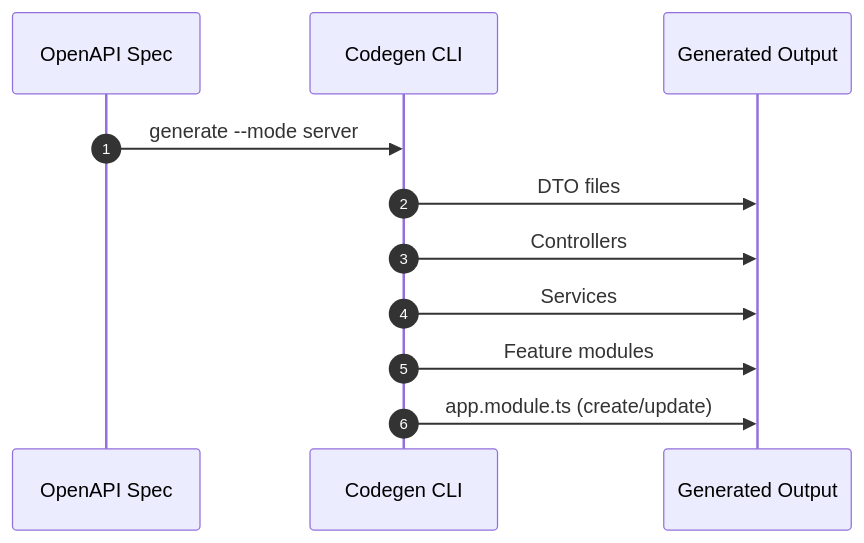
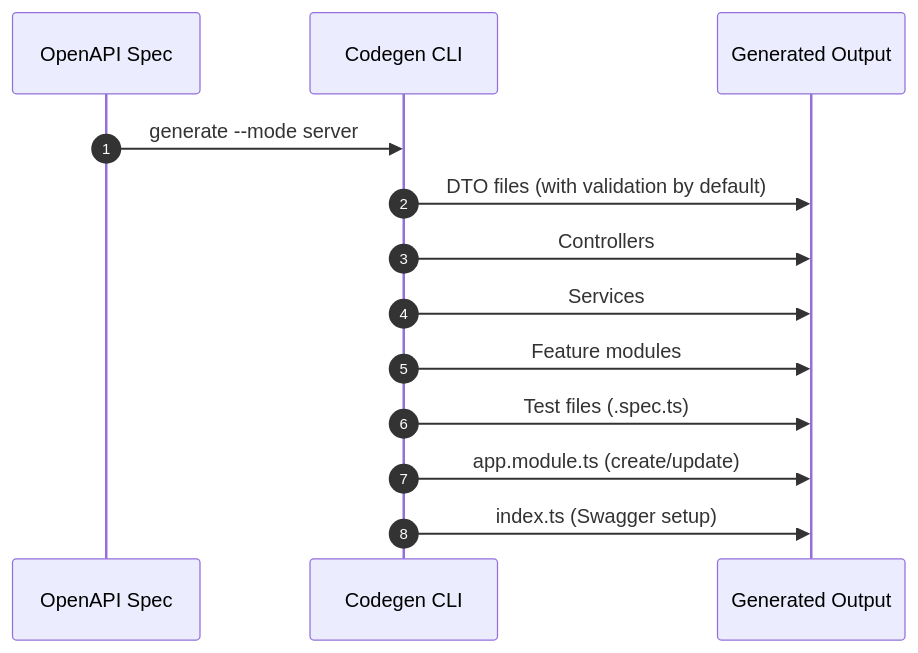
One commit to aretit2533/cronus-course-document changed the diagram in eqxjs-framework/03-swagger-codegen/module-04-server-code-generation.md. Above: the diagram before and after it, drawn with Mermaid. The commit also changed other lines of this file and 8 other files, not shown here.

````diff
--- a/eqxjs-framework/03-swagger-codegen/module-04-server-code-generation.md
+++ b/eqxjs-framework/03-swagger-codegen/module-04-server-code-generation.md
@@ -69,14 +125,16 @@
 ```mermaid
 sequenceDiagram
   autonumber
   participant Spec as OpenAPI Spec
   participant CLI as Codegen CLI
   participant Out as Generated Output
 
   Spec->>CLI: generate --mode server
-  CLI->>Out: DTO files
+  CLI->>Out: DTO files (with validation by default)
   CLI->>Out: Controllers
   CLI->>Out: Services
   CLI->>Out: Feature modules
+  CLI->>Out: Test files (.spec.ts)
   CLI->>Out: app.module.ts (create/update)
+  CLI->>Out: index.ts (Swagger setup)
 ```
````
